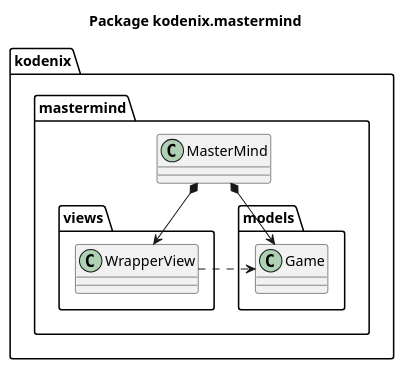
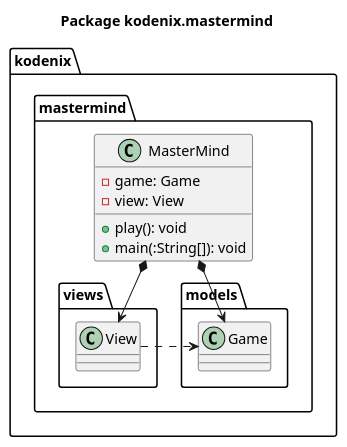
One commit to Master-Desarrollo-20-21/diseno-oo-ejercicio2-mastermind-document-view-kodenix changed the diagram in docs/diagrams/src/paquetes/kodenix.mastermind.plantuml. Above: the diagram before and after it, drawn with PlantUML. The commit also changed 4 other files, not shown here.

```diff
--- a/docs/diagrams/src/paquetes/kodenix.mastermind.plantuml
+++ b/docs/diagrams/src/paquetes/kodenix.mastermind.plantuml
@@ -1,21 +1,26 @@
 @startuml package-mastermind
 title Package kodenix.mastermind 
 
 package kodenix.mastermind {
-    class MasterMind {}
+    class MasterMind {
+        -game: Game
+        -view: View 
+        +play(): void
+        +main(:String[]): void
+    }
 }
 
 package kodenix.mastermind.models {
     class Game {}
 }
 
 package kodenix.mastermind.views {
-    class WrapperView {}
+    class View {}
 }
 
-MasterMind *--> WrapperView
+MasterMind *--> View
 MasterMind *--> Game
-WrapperView .right.> Game
+View .right.> Game
 
 
 @enduml
```
